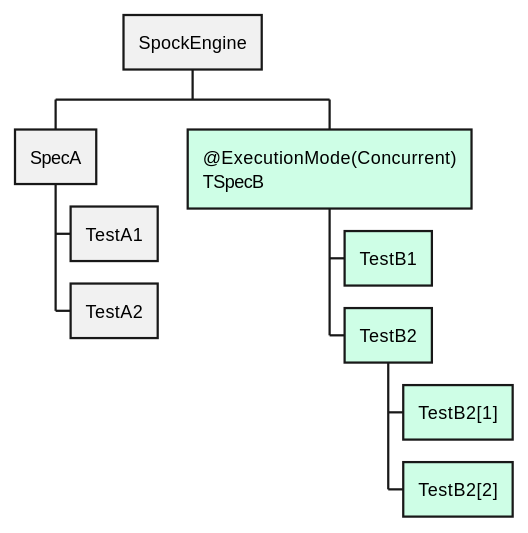
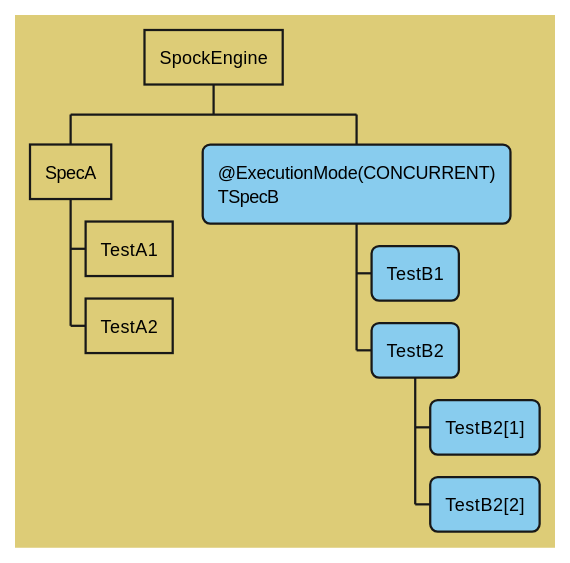
The sixth of 7 diagrams in docs/parallel_execution.adoc (spockframework/spock), drawn with PlantUML before and after one commit. The commit also changed other lines of this file, not shown here.

```diff
--- a/docs/parallel_execution.adoc
+++ b/docs/parallel_execution.adoc
@@ -228,23 +236,24 @@
 [plantuml,images/execution-hierarchy-inheritance-spec-execution,svg]
 ....
-
 @startwbs
 <style>
 wbsDiagram {
+  BackgroundColor #DDCC77
   .concurrent * {
-      BackgroundColor #CEFEE6
+      BackgroundColor #88CCEE
+      RoundCorner 10
   }
 }
 </style>
 skinparam shadowing false
 * SpockEngine
 ** SpecA
 *** TestA1
 *** TestA2
-** @ExecutionMode(Concurrent)\nTSpecB  <<concurrent>>
+** @ExecutionMode(CONCURRENT)\nTSpecB  <<concurrent>>
 *** TestB1
 *** TestB2
 **** TestB2[1]
 **** TestB2[2]
 @endwbs
 ....
```
